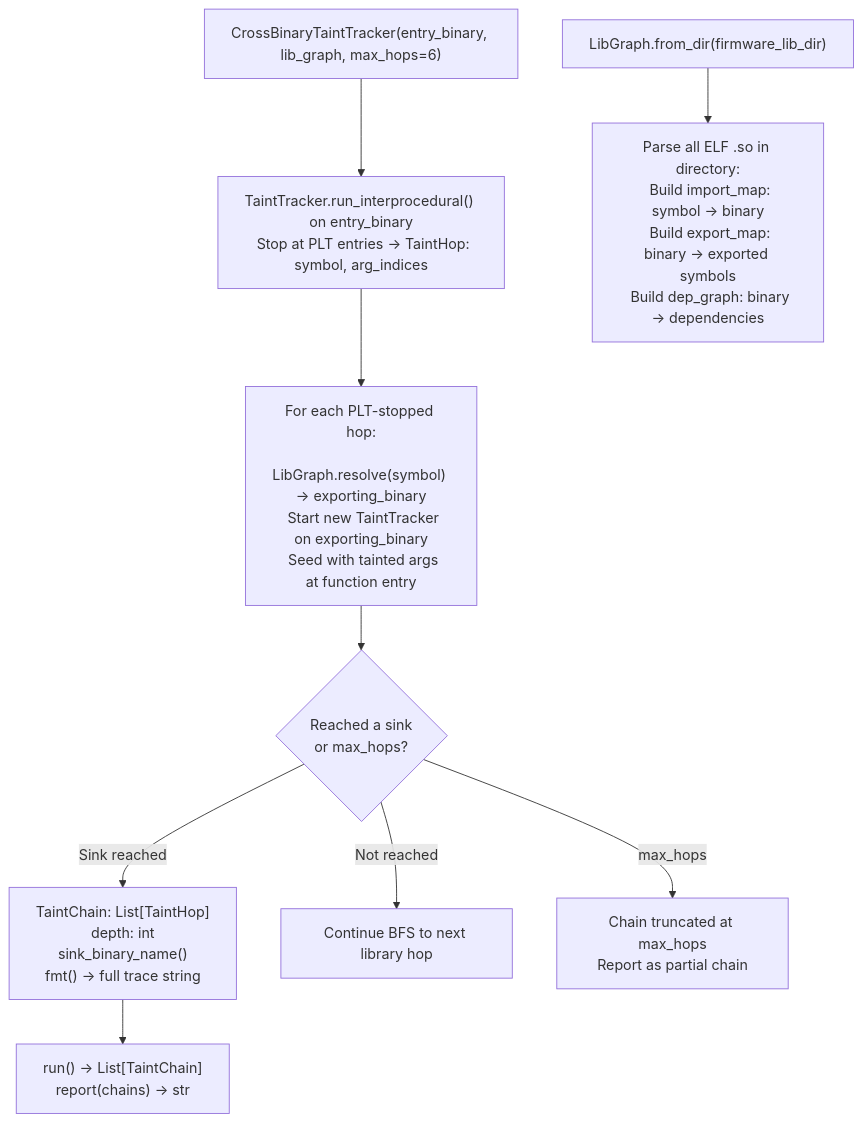
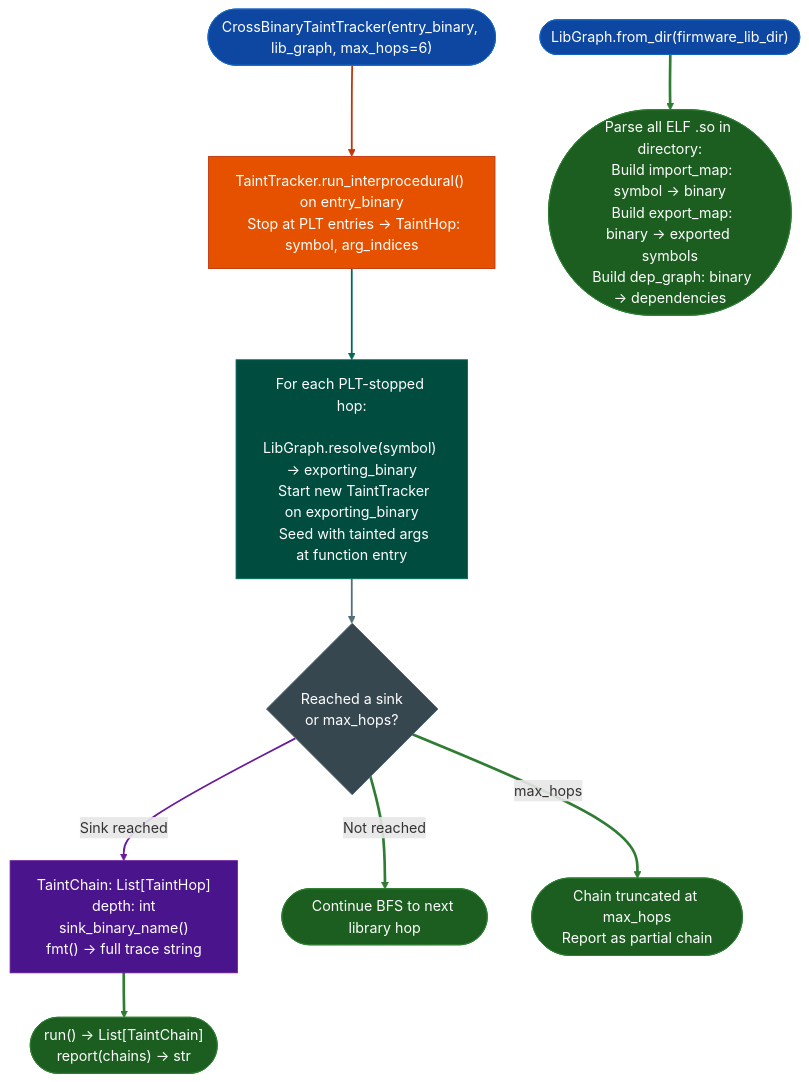
Before and after one commit to Ablation-Tool/ablation: the diagram in docs/reference-modules/cross-library-analysis.md, drawn with Mermaid. The commit also changed 320 other files, not shown here.

First line of the commit message:
docs: apply canonical Mermaid template to all 321 diagrams

````diff
--- a/docs/reference-modules/cross-library-analysis.md
+++ b/docs/reference-modules/cross-library-analysis.md
@@ -19,12 +19,26 @@
 ```mermaid
 flowchart TD
-    A["CrossBinaryTaintTracker(entry_binary, lib_graph, max_hops=6)"] --> B["TaintTracker.run_interprocedural() on entry_binary\n  Stop at PLT entries → TaintHop: symbol, arg_indices"]
-    B --> C["For each PLT-stopped hop:\n  LibGraph.resolve(symbol) → exporting_binary\n  Start new TaintTracker on exporting_binary\n  Seed with tainted args at function entry"]
-    C --> D{"Reached a sink\nor max_hops?"}
-    D -->|Sink reached| E["TaintChain: List[TaintHop]\n  depth: int\n  sink_binary_name()\n  fmt() → full trace string"]
-    D -->|Not reached| F["Continue BFS to next library hop"]
-    D -->|max_hops| G["Chain truncated at max_hops\nReport as partial chain"]
-    E --> H["run() → List[TaintChain]\nreport(chains) → str"]
+    A(["CrossBinaryTaintTracker(entry_binary, lib_graph, max_hops=6)"]):::input --> B["TaintTracker.run_interprocedural() on entry_binary\n  Stop at PLT entries → TaintHop: symbol, arg_indices"]:::primary
+    B:::primary --> C["For each PLT-stopped hop:\n  LibGraph.resolve(symbol) → exporting_binary\n  Start new TaintTracker on exporting_binary\n  Seed with tainted args at function entry"]:::secondary
+    C:::secondary --> D{"Reached a sink\nor max_hops?"}:::neutral
+    D:::neutral -->|Sink reached| E["TaintChain: List[TaintHop]\n  depth: int\n  sink_binary_name()\n  fmt() → full trace string"]:::tertiary
+    D:::neutral -->|Not reached| F(["Continue BFS to next library hop"]):::output
+    D:::neutral -->|max_hops| G(["Chain truncated at max_hops\nReport as partial chain"]):::output
+    E:::tertiary --> H(["run() → List[TaintChain]\nreport(chains) → str"]):::output
 
-    I["LibGraph.from_dir(firmware_lib_dir)"] --> J["Parse all ELF .so in directory:\n  Build import_map: symbol → binary\n  Build export_map: binary → exported symbols\n  Build dep_graph: binary → dependencies"]
+    I(["LibGraph.from_dir(firmware_lib_dir)"]):::input --> J(["Parse all ELF .so in directory:\n  Build import_map: symbol → binary\n  Build export_map: binary → exported symbols\n  Build dep_graph: binary → dependencies"]):::output
+    classDef input     fill:#0d47a1,stroke:#1565c0,color:#fff
+    classDef primary   fill:#e65100,stroke:#bf360c,color:#fff
+    classDef secondary fill:#004d40,stroke:#00695c,color:#fff
+    classDef tertiary  fill:#4a148c,stroke:#6a1b9a,color:#fff
+    classDef neutral   fill:#37474f,stroke:#546e7a,color:#fff
+    classDef output    fill:#1b5e20,stroke:#2e7d32,color:#fff
+    linkStyle 0 stroke:#bf360c,stroke-width:2px
+    linkStyle 1 stroke:#00695c,stroke-width:2px
+    linkStyle 2 stroke:#546e7a,stroke-width:2px
+    linkStyle 3 stroke:#6a1b9a,stroke-width:2px
+    linkStyle 4 stroke:#2e7d32,stroke-width:3px
+    linkStyle 5 stroke:#2e7d32,stroke-width:3px
+    linkStyle 6 stroke:#2e7d32,stroke-width:3px
+    linkStyle 7 stroke:#2e7d32,stroke-width:3px
 ```
````
